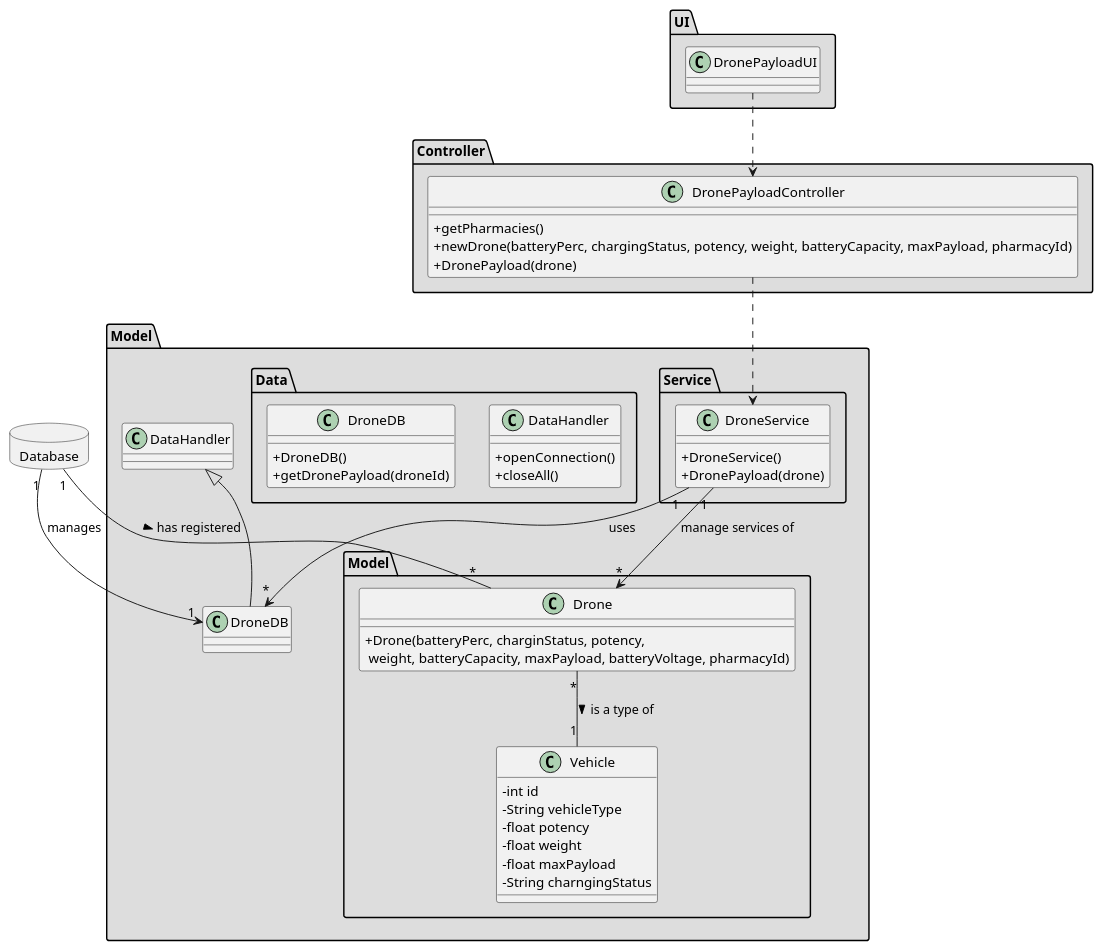
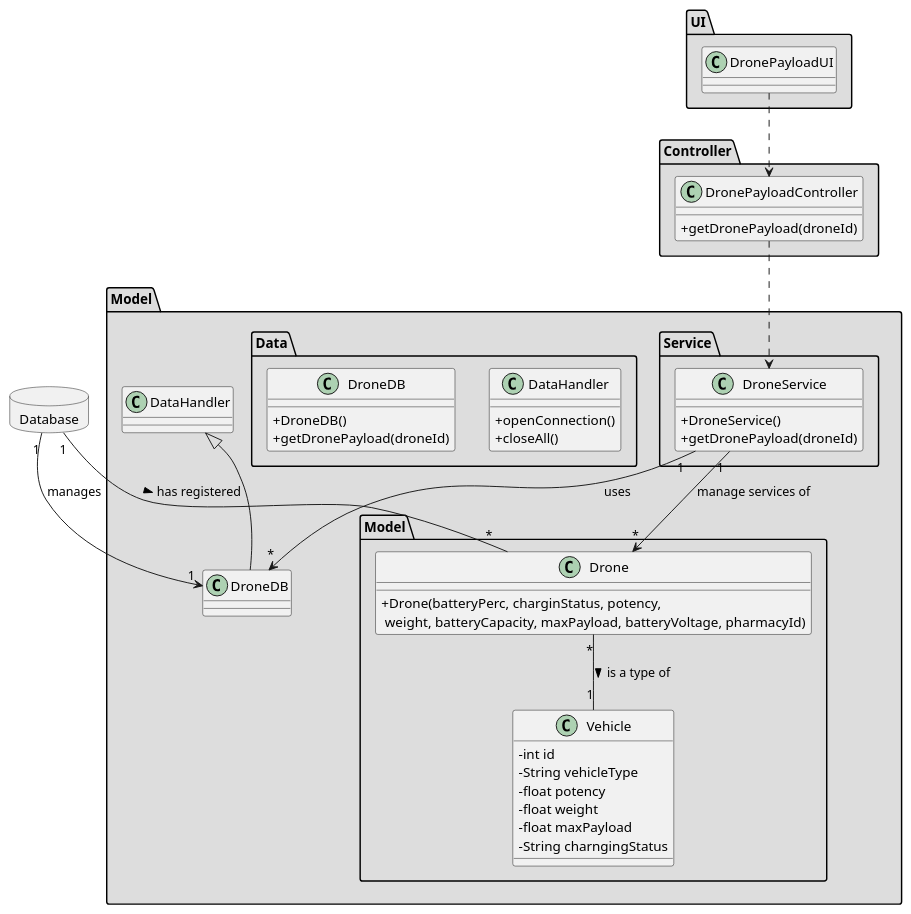
One commit to tiagoavcosta25/LAPR3 changed the diagram in docs/Iteration 2/Drone Management/US196_DronePayload/US196_CD.puml. Above: the diagram before and after it, drawn with PlantUML. The commit also changed 4 other files, not shown here.

```diff
--- a/docs/Iteration 2/Drone Management/US196_DronePayload/US196_CD.puml
+++ b/docs/Iteration 2/Drone Management/US196_DronePayload/US196_CD.puml
@@ -1,71 +1,69 @@
 @startuml
 skinparam classAttributeIconSize 0
 
 database Database {
 }
 
 package "UI" #DDDDDD {
 class DronePayloadUI{
 }
 }
 
 package "Controller" #DDDDDD {
 class DronePayloadController{
-+getPharmacies()
-+newDrone(batteryPerc, chargingStatus, potency, weight, batteryCapacity, maxPayload, pharmacyId)
-+DronePayload(drone)
++getDronePayload(droneId)
 }
 }
 
 
 package "Model" #DDDDDD {
  package "Service" #DDDDDD {
 
   class DroneService{
       +DroneService()
-      +DronePayload(drone)
+      +getDronePayload(droneId)
    }
 }
 
 package "Model" #DDDDDD {
 
 class Drone{
   +Drone(batteryPerc, charginStatus, potency,\n weight, batteryCapacity, maxPayload, batteryVoltage, pharmacyId)
 }
 
 class Vehicle{
   -int id
   -String vehicleType
   -float potency
   -float weight
   -float maxPayload
   -String charngingStatus
 }
 
 }
 
 
 package "Data" #DDDDDD {
 class DataHandler{
     +openConnection()
     +closeAll()
 }
 class DroneDB{
      +DroneDB()
      +getDronePayload(droneId)
  }
 }
 
 class DroneDB extends DataHandler
 
 DronePayloadUI ..> DronePayloadController
 DronePayloadController ..> DroneService
 Database "1" --> "1" DroneDB : manages
 DroneService "1" --> "*" DroneDB : uses
 DroneService "1" --> "*" Drone : manage services of
 
 Database "1" -- "*" Drone : has registered >
 
 Drone "*" -- "1" Vehicle : is a type of >
 
 @enduml
```
